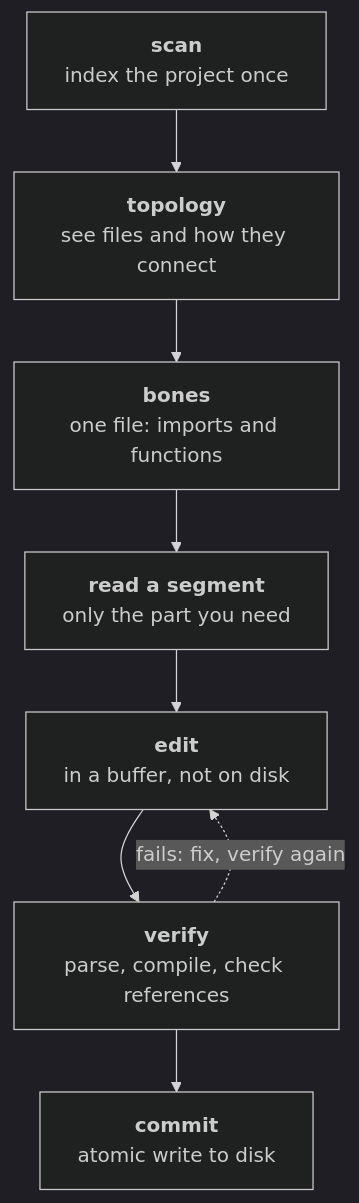
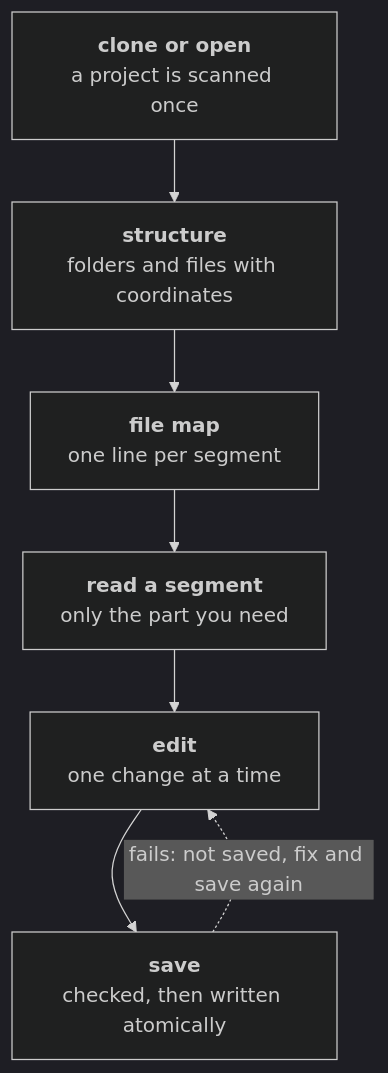
One commit to itamos-technologia/itamos-mcp-tools changed the second of 16 diagrams in docs/PAPER.md. Above: the diagram before and after it, drawn with Mermaid (dark theme). The commit also changed other lines of this file and 2 other files, not shown here.

````diff
--- a/docs/PAPER.md
+++ b/docs/PAPER.md
@@ -46,17 +46,15 @@
 ```mermaid
 flowchart TD
-  n0["<b>scan</b><br/>index the project once"]
-  n1["<b>topology</b><br/>see files and how they connect"]
-  n2["<b>bones</b><br/>one file: imports and functions"]
+  n0["<b>clone or open</b><br/>a project is scanned once"]
+  n1["<b>structure</b><br/>folders and files with coordinates"]
+  n2["<b>file map</b><br/>one line per segment"]
   n3["<b>read a segment</b><br/>only the part you need"]
-  n4["<b>edit</b><br/>in a buffer, not on disk"]
-  n5["<b>verify</b><br/>parse, compile, check references"]
-  n6["<b>commit</b><br/>atomic write to disk"]
+  n4["<b>edit</b><br/>one change at a time"]
+  n5["<b>save</b><br/>checked, then written atomically"]
   n0 --> n1
   n1 --> n2
   n2 --> n3
   n3 --> n4
   n4 --> n5
-  n5 --> n6
-  n5 -.->|fails: fix, verify again| n4
+  n5 -.->|fails: not saved, fix and save again| n4
 ```
````
